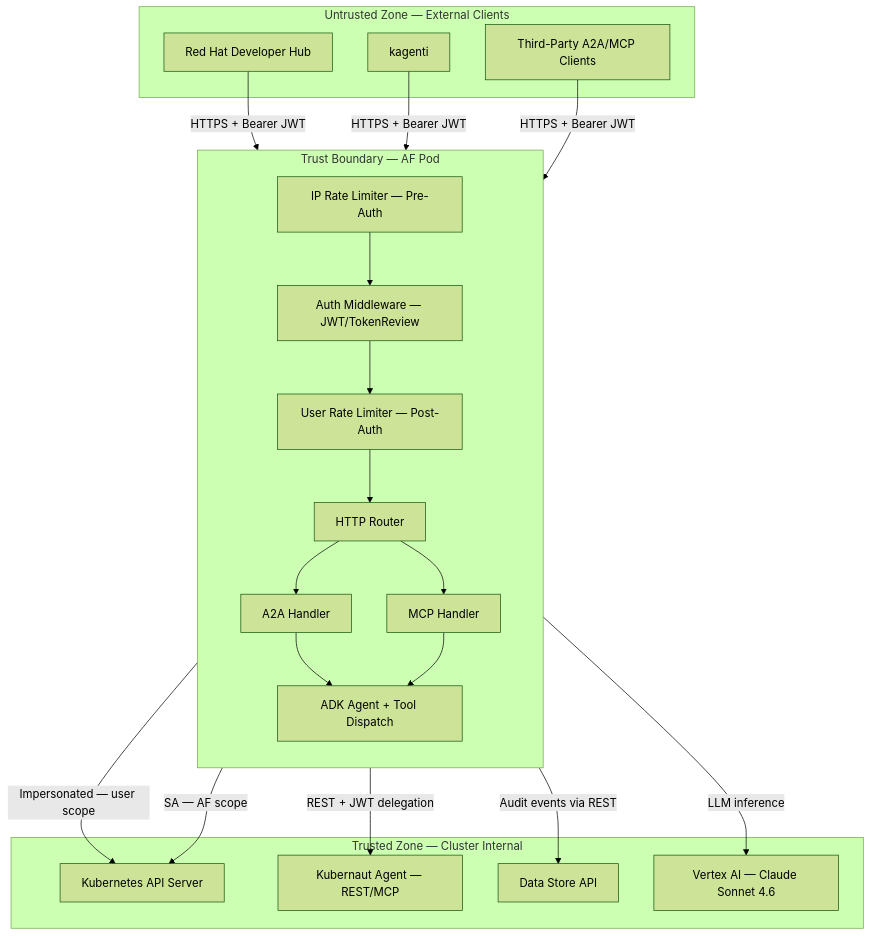
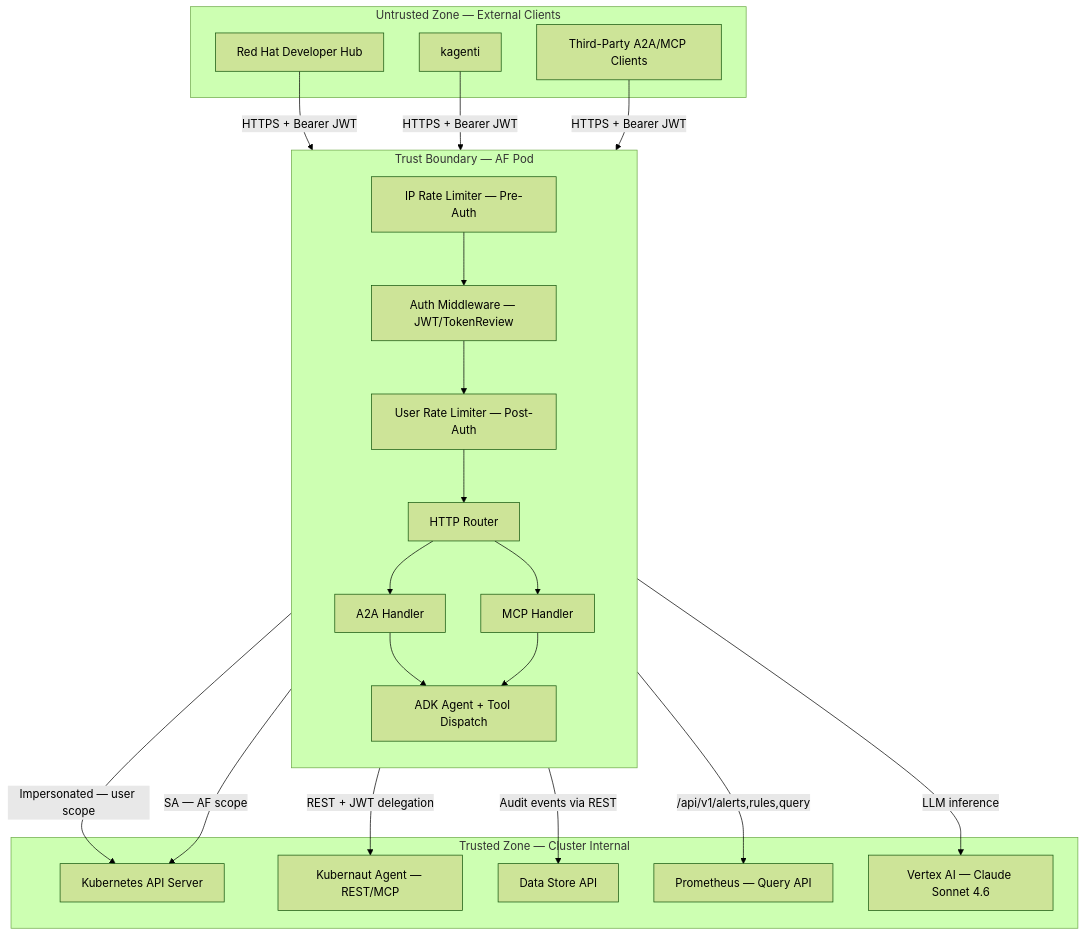
Before and after one commit to jordigilh/kubernaut: the diagram in docs/security/SERVICE_BOUNDARY.md, drawn with Mermaid (forest theme). The commit also changed other lines of this file and 8 other files, not shown here.

````diff
--- a/docs/security/SERVICE_BOUNDARY.md
+++ b/docs/security/SERVICE_BOUNDARY.md
@@ -12,44 +12,46 @@
 ```mermaid
 graph TB
     subgraph untrusted [Untrusted Zone — External Clients]
         RHDH[Red Hat Developer Hub]
         Kagenti[kagenti]
         Third[Third-Party A2A/MCP Clients]
     end
 
     subgraph boundary [Trust Boundary — AF Pod]
         direction TB
         RL_IP[IP Rate Limiter — Pre-Auth]
         AuthMW[Auth Middleware — JWT/TokenReview]
         RL_User[User Rate Limiter — Post-Auth]
         Router[HTTP Router]
         A2A[A2A Handler]
         MCP[MCP Handler]
         Agent[ADK Agent + Tool Dispatch]
     end
 
     subgraph trusted [Trusted Zone — Cluster Internal]
         K8sAPI[Kubernetes API Server]
         KA[Kubernaut Agent — REST/MCP]
         DS[Data Store API]
+        Prom[Prometheus — Query API]
         LLM[Vertex AI — Claude Sonnet 4.6]
     end
 
     RHDH -->|HTTPS + Bearer JWT| RL_IP
     Kagenti -->|HTTPS + Bearer JWT| RL_IP
     Third -->|HTTPS + Bearer JWT| RL_IP
 
     RL_IP --> AuthMW
     AuthMW --> RL_User
     RL_User --> Router
     Router --> A2A
     Router --> MCP
     A2A --> Agent
     MCP --> Agent
 
     Agent -->|Impersonated — user scope| K8sAPI
     Agent -->|SA — AF scope| K8sAPI
     Agent -->|REST + JWT delegation| KA
     Agent -->|Audit events via REST| DS
+    Agent -->|/api/v1/alerts,rules,query| Prom
     Agent -->|LLM inference| LLM
 ```
````
